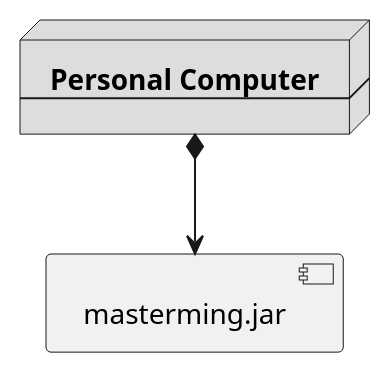
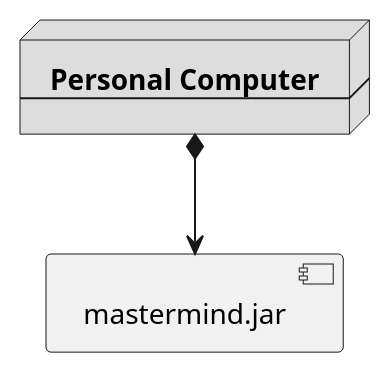
One commit to SantaTecla-mastermind/solution.java.swing.socket.sql changed the second of 2 diagrams in documentView/console/docs/diagrams/src/vistas.plantuml. Above: the diagram before and after it, drawn with PlantUML. The commit also changed 4 other files, not shown here.

Commit message:
Diagrama DocumentView Console actualizado + inclusión de ColorCode de utils en domainModel.

```diff
--- a/documentView/console/docs/diagrams/src/vistas.plantuml
+++ b/documentView/console/docs/diagrams/src/vistas.plantuml
@@ -25,10 +25,10 @@
 @startuml despliegue_fisica
 node node #DDDDDD [
 <b>Personal Computer</b>
 ----
 ]
 
-[ masterming.jar ] as component
+[ mastermind.jar ] as component
 
 node *--> component
 @enduml
```
